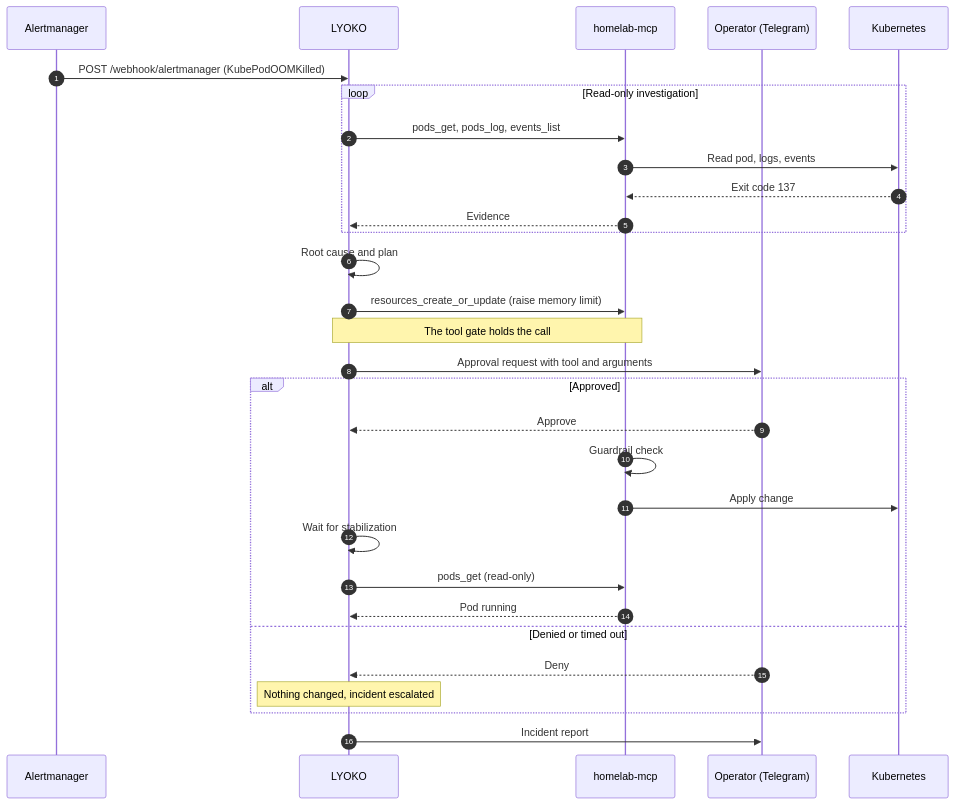
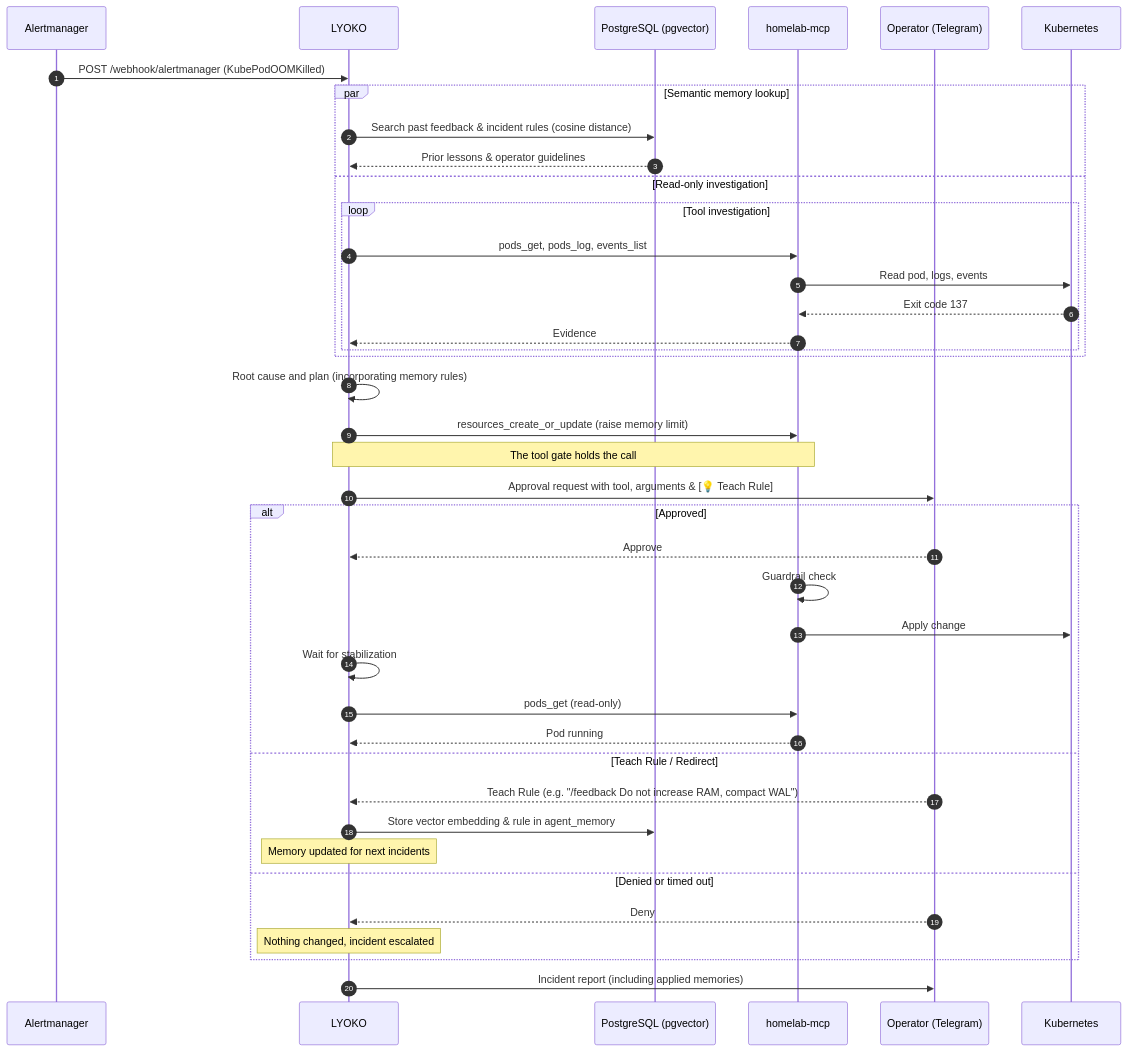
One commit to csp33/homelab-ai-ops changed the second of 2 diagrams in README.md. Above: the diagram before and after it, drawn with Mermaid. The commit also changed other lines of this file, not shown here.

Commit message:
docs: document semantic memory, operator feedback, and pgvector in README

````diff
--- a/README.md
+++ b/README.md
@@ -104,37 +118,48 @@
 ```mermaid
 sequenceDiagram
     autonumber
     participant AM as Alertmanager
     participant L as LYOKO
+    participant DB as PostgreSQL (pgvector)
     participant G as homelab-mcp
     participant O as Operator (Telegram)
     participant K as Kubernetes
 
     AM->>L: POST /webhook/alertmanager (KubePodOOMKilled)
 
-    loop Read-only investigation
-        L->>G: pods_get, pods_log, events_list
-        G->>K: Read pod, logs, events
-        K-->>G: Exit code 137
-        G-->>L: Evidence
+    par Semantic memory lookup
+        L->>DB: Search past feedback & incident rules (cosine distance)
+        DB-->>L: Prior lessons & operator guidelines
+    and Read-only investigation
+        loop Tool investigation
+            L->>G: pods_get, pods_log, events_list
+            G->>K: Read pod, logs, events
+            K-->>G: Exit code 137
+            G-->>L: Evidence
+        end
     end
-    L->>L: Root cause and plan
+
+    L->>L: Root cause and plan (incorporating memory rules)
 
     L->>G: resources_create_or_update (raise memory limit)
     Note over L,G: The tool gate holds the call
-    L->>O: Approval request with tool and arguments
+    L->>O: Approval request with tool, arguments & [💡 Teach Rule]
 
     alt Approved
         O-->>L: Approve
         G->>G: Guardrail check
         G->>K: Apply change
         L->>L: Wait for stabilization
         L->>G: pods_get (read-only)
         G-->>L: Pod running
+    else Teach Rule / Redirect
+        O-->>L: Teach Rule (e.g. "/feedback Do not increase RAM, compact WAL")
+        L->>DB: Store vector embedding & rule in agent_memory
+        Note over L: Memory updated for next incidents
     else Denied or timed out
         O-->>L: Deny
         Note over L: Nothing changed, incident escalated
     end
 
-    L->>O: Incident report
+    L->>O: Incident report (including applied memories)
 ```
````
